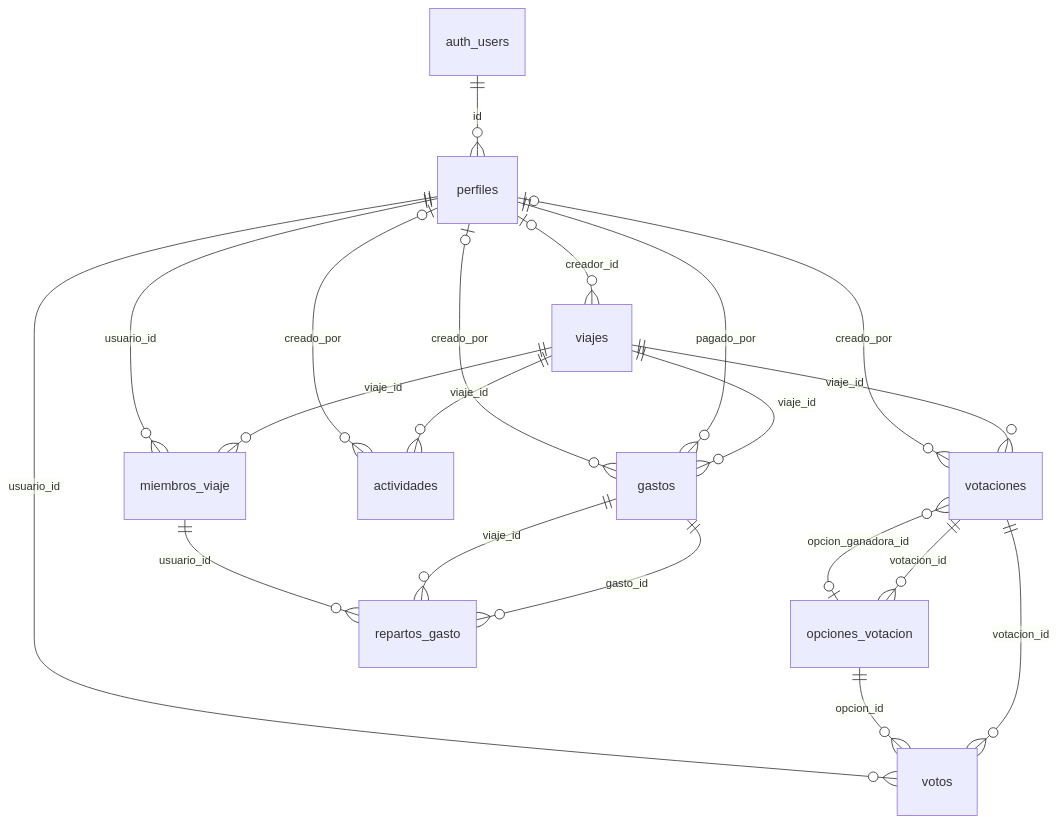
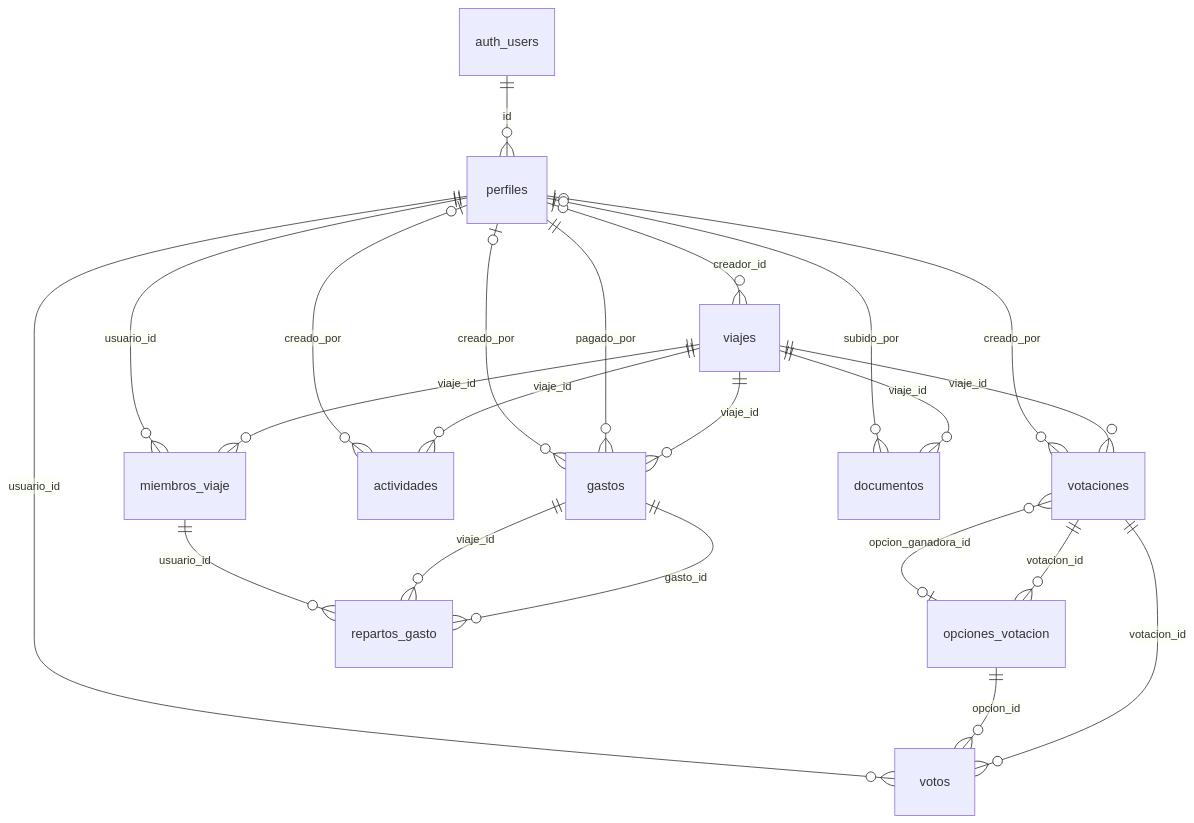
The diagram in docs/BASE_DE_DATOS.md (UNIZAR-30248-2026-TRAVELWRAP/Backend), drawn with Mermaid before and after one commit. The commit also changed other lines of this file and 4 other files, not shown here.

````diff
--- a/docs/BASE_DE_DATOS.md
+++ b/docs/BASE_DE_DATOS.md
@@ -23,22 +24,24 @@
 ```mermaid
 erDiagram
     auth_users ||--o{ perfiles : "id"
     perfiles |o--o{ viajes : "creador_id"
     viajes ||--o{ miembros_viaje : "viaje_id"
     perfiles ||--o{ miembros_viaje : "usuario_id"
     viajes ||--o{ votaciones : "viaje_id"
     opciones_votacion |o--o{ votaciones : "opcion_ganadora_id"
     perfiles |o--o{ votaciones : "creado_por"
     votaciones ||--o{ opciones_votacion : "votacion_id"
     votaciones ||--o{ votos : "votacion_id"
     opciones_votacion ||--o{ votos : "opcion_id"
     perfiles ||--o{ votos : "usuario_id"
     viajes ||--o{ actividades : "viaje_id"
     perfiles |o--o{ actividades : "creado_por"
     viajes ||--o{ gastos : "viaje_id"
     perfiles ||--o{ gastos : "pagado_por"
     perfiles |o--o{ gastos : "creado_por"
     gastos ||--o{ repartos_gasto : "gasto_id"
     gastos ||--o{ repartos_gasto : "viaje_id"
     miembros_viaje ||--o{ repartos_gasto : "usuario_id"
+    viajes ||--o{ documentos : "viaje_id"
+    perfiles |o--o{ documentos : "subido_por"
 ```
````
